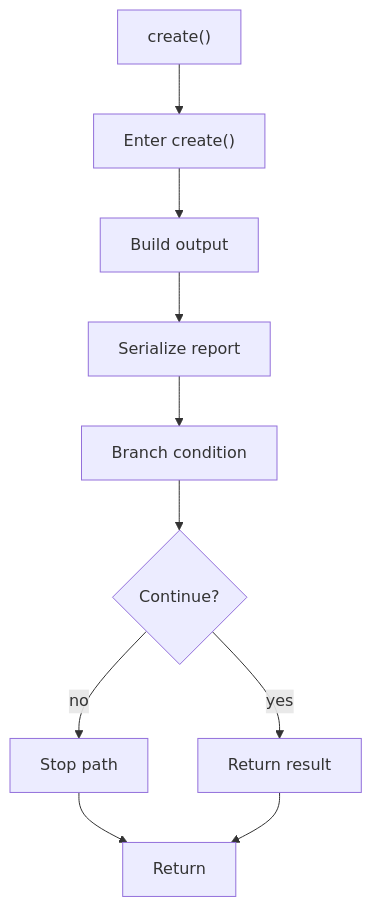
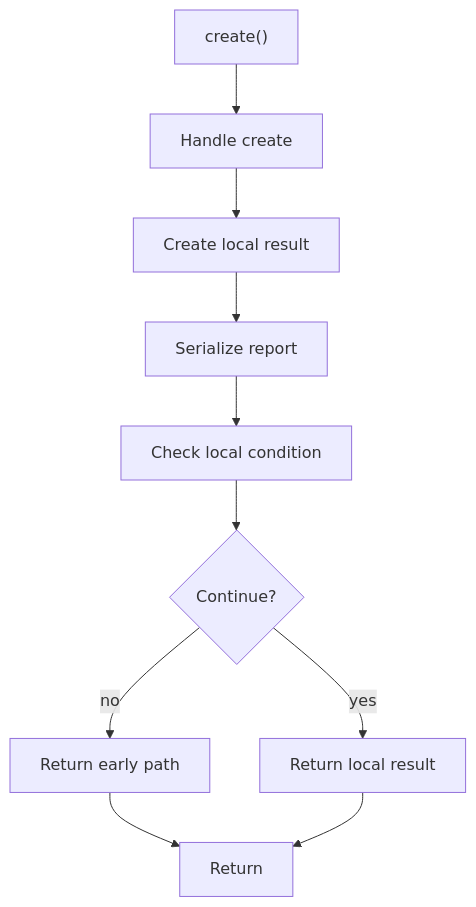
One commit to JohnAndrewBalbarosa/NeoTerritory changed the third of 4 diagrams in docs/Codebase/Microservice/Test/Input/factory_to_base_unresolved_instance_source.cpp.md. Above: the diagram before and after it, drawn with Mermaid. The commit also changed other lines of this file and 915 other files, not shown here.

````diff
--- a/docs/Codebase/Microservice/Test/Input/factory_to_base_unresolved_instance_source.cpp.md
+++ b/docs/Codebase/Microservice/Test/Input/factory_to_base_unresolved_instance_source.cpp.md
@@ -94,21 +93,21 @@
 ```mermaid
 flowchart TD
     Start["create()"]
-    N0["Enter create()"]
-    N1["Build output"]
+    N0["Handle create"]
+    N1["Create local result"]
     N2["Serialize report"]
-    N3["Branch condition"]
+    N3["Check local condition"]
     D3{"Continue?"}
-    R3["Stop path"]
-    N4["Return result"]
+    R3["Return early path"]
+    N4["Return local result"]
     End["Return"]
     Start --> N0
     N0 --> N1
     N1 --> N2
     N2 --> N3
     N3 --> D3
     D3 -->|yes| N4
     D3 -->|no| R3
     R3 --> End
     N4 --> End
 ```
````
